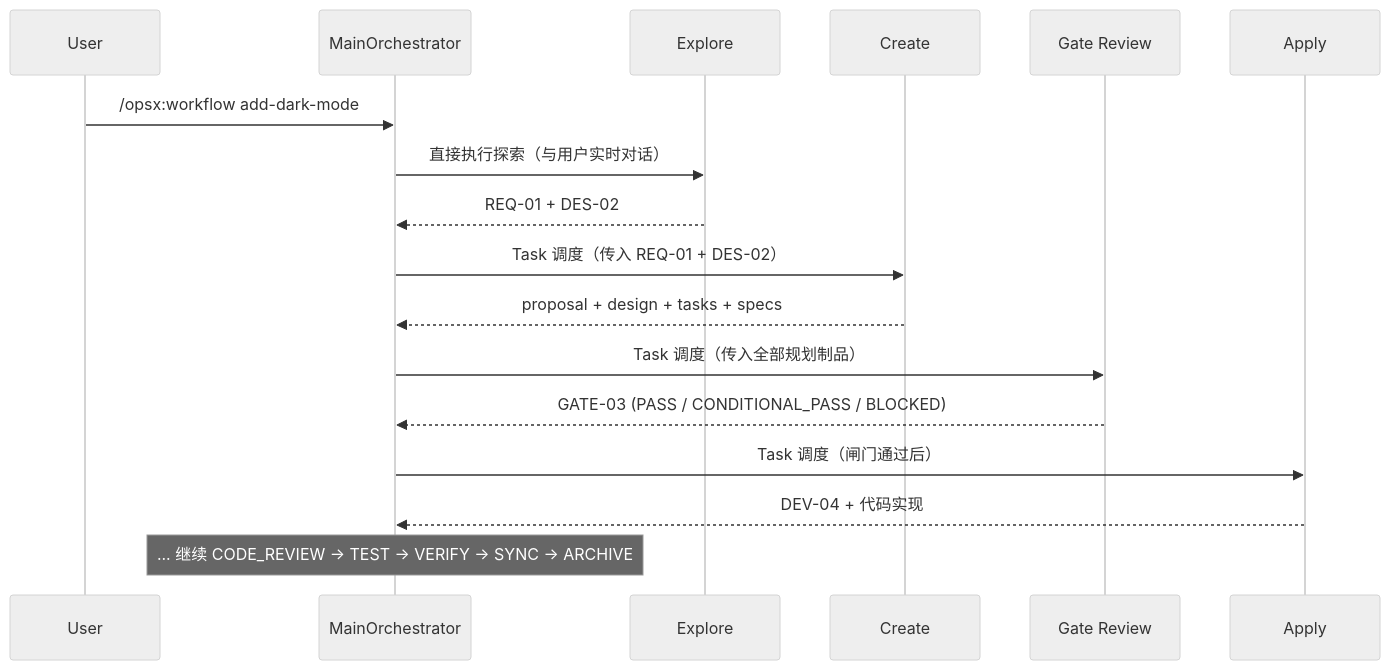
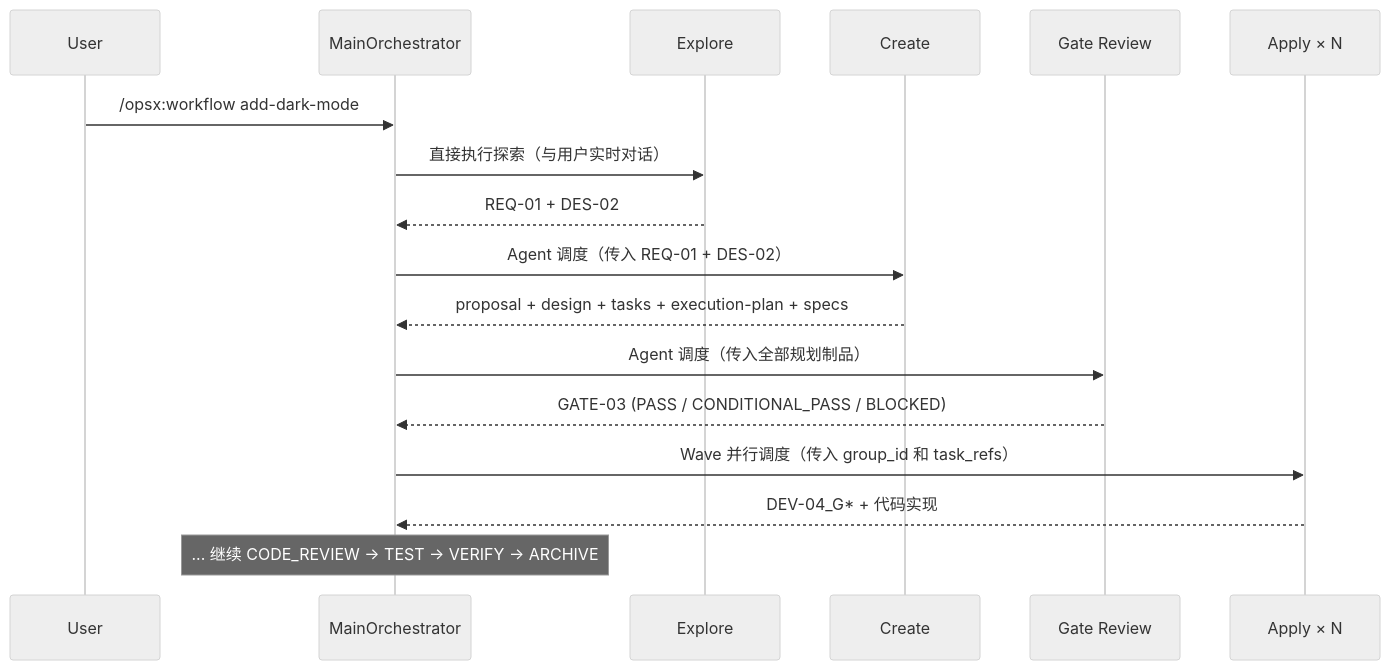
The second of 2 diagrams in README.md (gmf520/openspec-agents), drawn with Mermaid (neutral theme) before and after one commit. The commit also changed other lines of this file and 7 other files, not shown here.

````diff
--- a/README.md
+++ b/README.md
@@ -115,20 +149,20 @@
 ```mermaid
 sequenceDiagram
     participant User
     participant MO as MainOrchestrator
     participant EA as Explore
     participant CA as Create
     participant GA as Gate Review
-    participant AA as Apply
+    participant AA as Apply × N
 
     User->>MO: /opsx:workflow add-dark-mode
     MO->>EA: 直接执行探索（与用户实时对话）
     EA-->>MO: REQ-01 + DES-02
-    MO->>CA: Task 调度（传入 REQ-01 + DES-02）
-    CA-->>MO: proposal + design + tasks + specs
-    MO->>GA: Task 调度（传入全部规划制品）
+    MO->>CA: Agent 调度（传入 REQ-01 + DES-02）
+    CA-->>MO: proposal + design + tasks + execution-plan + specs
+    MO->>GA: Agent 调度（传入全部规划制品）
     GA-->>MO: GATE-03 (PASS / CONDITIONAL_PASS / BLOCKED)
-    MO->>AA: Task 调度（闸门通过后）
-    AA-->>MO: DEV-04 + 代码实现
-    Note over MO: ... 继续 CODE_REVIEW → TEST → VERIFY → SYNC → ARCHIVE
+    MO->>AA: Wave 并行调度（传入 group_id 和 task_refs）
+    AA-->>MO: DEV-04_G* + 代码实现
+    Note over MO: ... 继续 CODE_REVIEW → TEST → VERIFY → ARCHIVE
 ```
````
